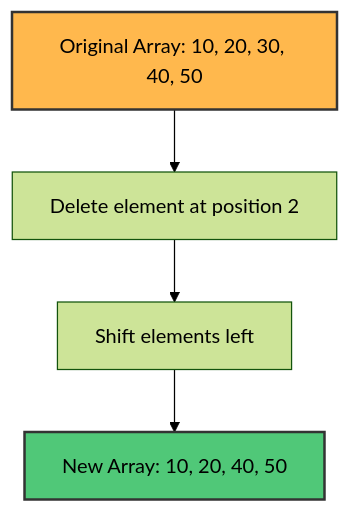
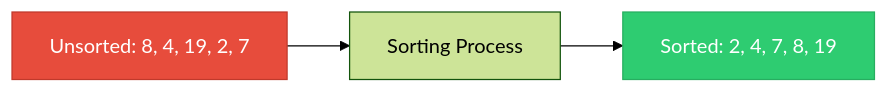
Before and after one commit to M-F-Tushar/CSE-2101-Data-Structure: diagram 18 of 39 in Chapter 4 - Arrays, Records and Pointers/README.md, drawn with Mermaid (forest theme). The commit also changed other lines of this file, not shown here.

````diff
--- a/Chapter 4 - Arrays, Records and Pointers/README.md
+++ b/Chapter 4 - Arrays, Records and Pointers/README.md
@@ -582,9 +553,8 @@
 ```mermaid
-graph TD
-    A["Original Array: 10, 20, 30, 40, 50"] --> B["Delete element at position 2"]
-    B --> C["Shift elements left"]
-    C --> D["New Array: 10, 20, 40, 50"]
+graph LR
+    A["Unsorted: 8, 4, 19, 2, 7"] --> B["Sorting Process"]
+    B --> C["Sorted: 2, 4, 7, 8, 19"]
     
-    style A fill:#FFB84D,stroke:#333,stroke-width:2px,color:#000
-    style D fill:#50C878,stroke:#333,stroke-width:2px,color:#000
+    style A fill:#e74c3c,stroke:#c0392b,color:#fff
+    style C fill:#2ecc71,stroke:#27ae60,color:#fff
 ```
````
